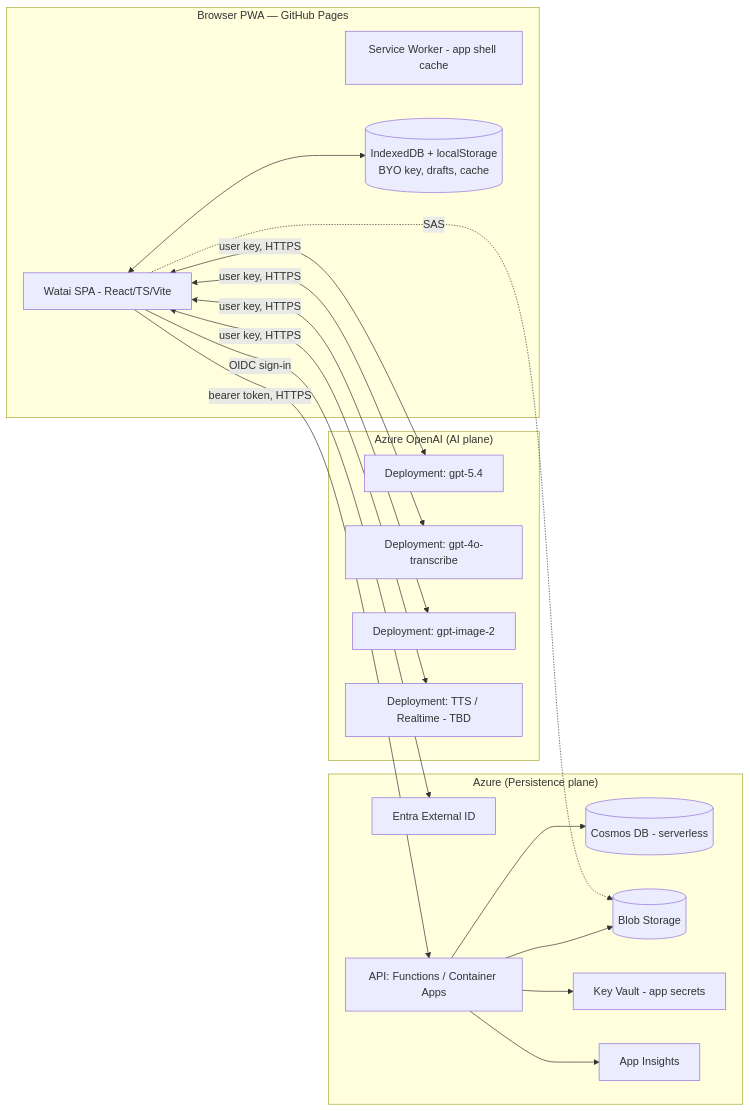
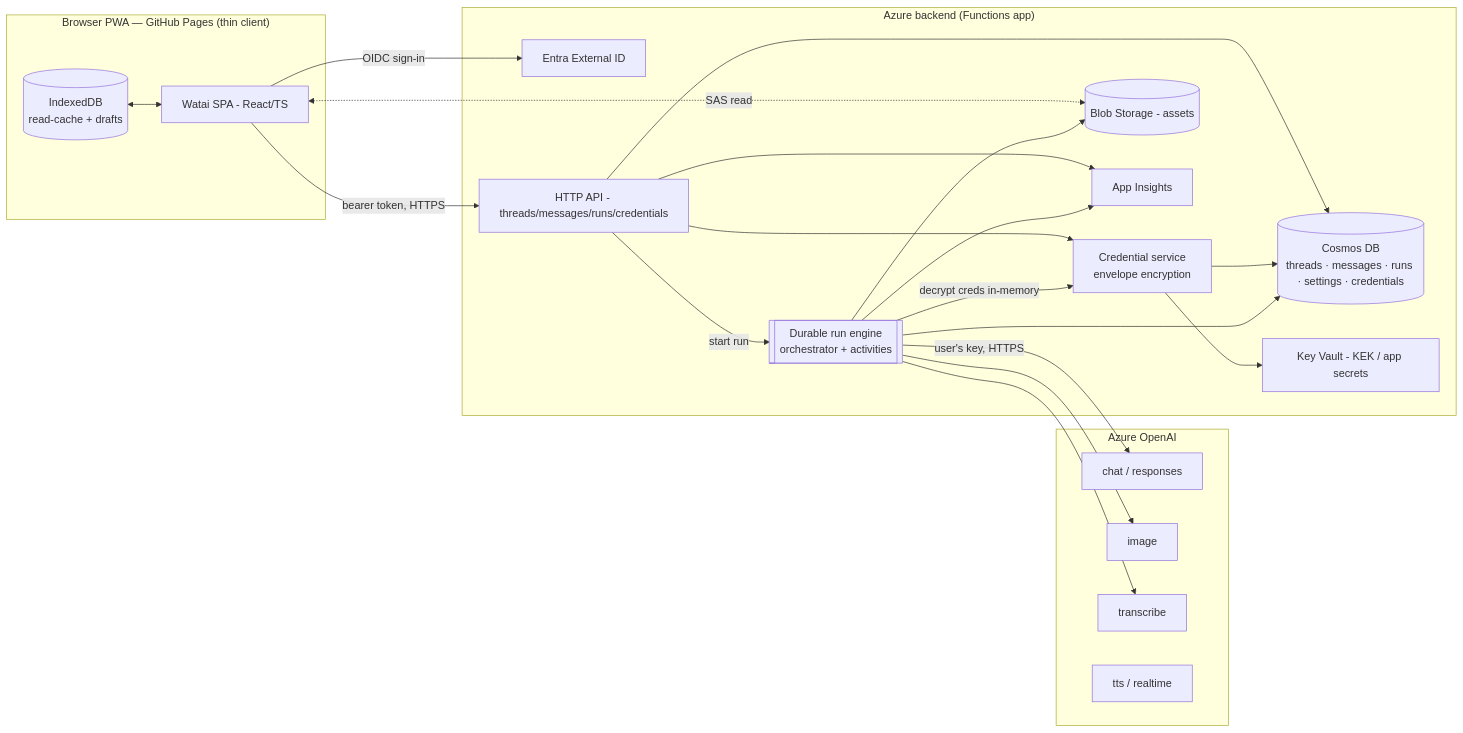
One commit to prabinpebam/watai changed the first of 2 diagrams in documentation/02-architecture.md. Above: the diagram before and after it, drawn with Mermaid. The commit also changed other lines of this file and 6 other files, not shown here.

First line of the commit message:
docs: pivot architecture to server-authoritative runs + server-stored credentials

````diff
--- a/documentation/02-architecture.md
+++ b/documentation/02-architecture.md
@@ -27,37 +51,44 @@
 ```mermaid
 flowchart LR
-    subgraph Browser["Browser PWA — GitHub Pages"]
-        SPA[Watai SPA - React/TS/Vite]
-        SW[Service Worker - app shell cache]
-        Store[(IndexedDB + localStorage\nBYO key, drafts, cache)]
+    subgraph Browser["Browser PWA — GitHub Pages (thin client)"]
+        SPA[Watai SPA - React/TS]
+        Cache[(IndexedDB\nread-cache + drafts)]
     end
 
-    subgraph AOAI["Azure OpenAI (AI plane)"]
-        D1[Deployment: gpt-5.4]
-        D2[Deployment: gpt-4o-transcribe]
-        D3[Deployment: gpt-image-2]
-        D4[Deployment: TTS / Realtime - TBD]
+    subgraph AOAI["Azure OpenAI"]
+        CHAT[chat / responses]
+        IMG[image]
+        STT[transcribe]
+        TTSV[tts / realtime]
     end
 
-    subgraph AzureBackend["Azure (Persistence plane)"]
+    subgraph Azure["Azure backend (Functions app)"]
         EID[Entra External ID]
-        FN[API: Functions / Container Apps]
-        COSMOS[(Cosmos DB - serverless)]
-        BLOB[(Blob Storage)]
-        KV[Key Vault - app secrets]
+        API[HTTP API - threads/messages/runs/credentials]
+        ORCH[[Durable run engine\norchestrator + activities]]
+        VAULT[Credential service\nenvelope encryption]
+        COSMOS[(Cosmos DB\nthreads · messages · runs · settings · credentials)]
+        BLOB[(Blob Storage - assets)]
+        KV[Key Vault - KEK / app secrets]
         AI[App Insights]
     end
 
-    SPA <--> Store
-    SPA <-->|user key, HTTPS| D1
-    SPA <-->|user key, HTTPS| D2
-    SPA <-->|user key, HTTPS| D3
-    SPA <-->|user key, HTTPS| D4
     SPA -->|OIDC sign-in| EID
-    SPA -->|bearer token, HTTPS| FN
-    FN --> COSMOS
-    FN --> BLOB
-    FN --> KV
-    FN --> AI
-    SPA -. SAS .-> BLOB
+    SPA -->|bearer token, HTTPS| API
+    SPA <-. SAS read .-> BLOB
+    Cache <--> SPA
+
+    API --> COSMOS
+    API --> VAULT
+    API -->|start run| ORCH
+    VAULT --> KV
+    VAULT --> COSMOS
+    ORCH -->|decrypt creds in-memory| VAULT
+    ORCH -->|user's key, HTTPS| CHAT
+    ORCH --> IMG
+    ORCH --> STT
+    ORCH --> COSMOS
+    ORCH --> BLOB
+    API --> AI
+    ORCH --> AI
 ```
````
